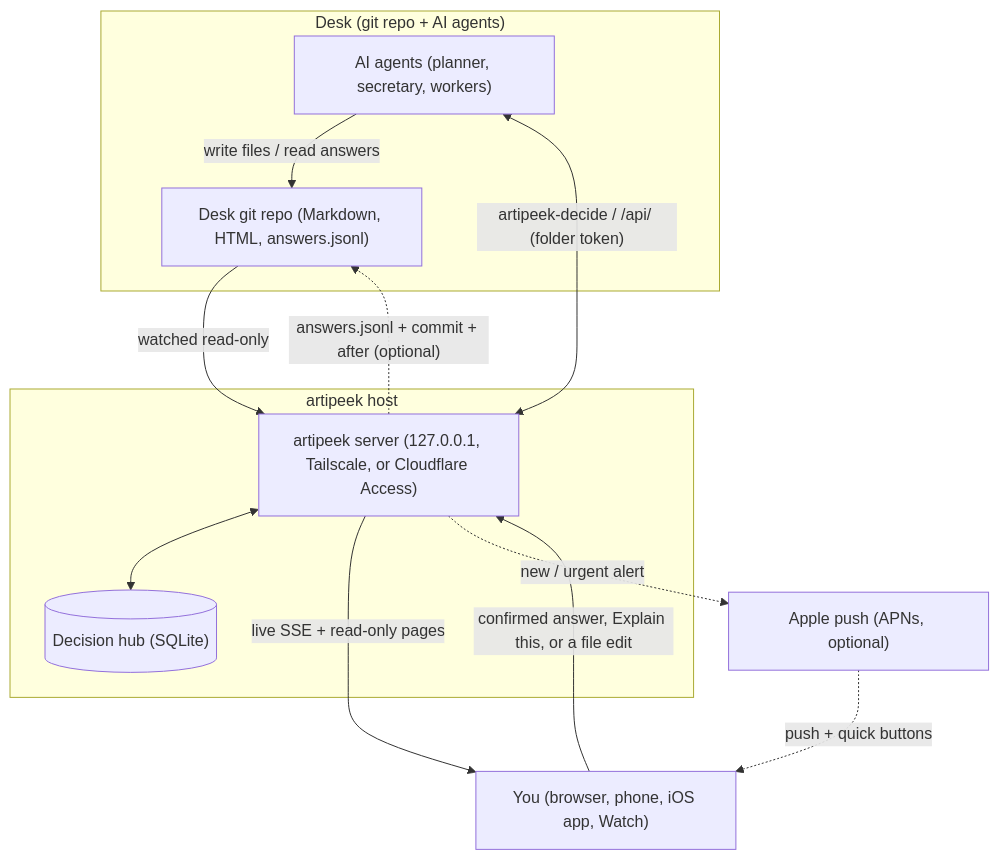
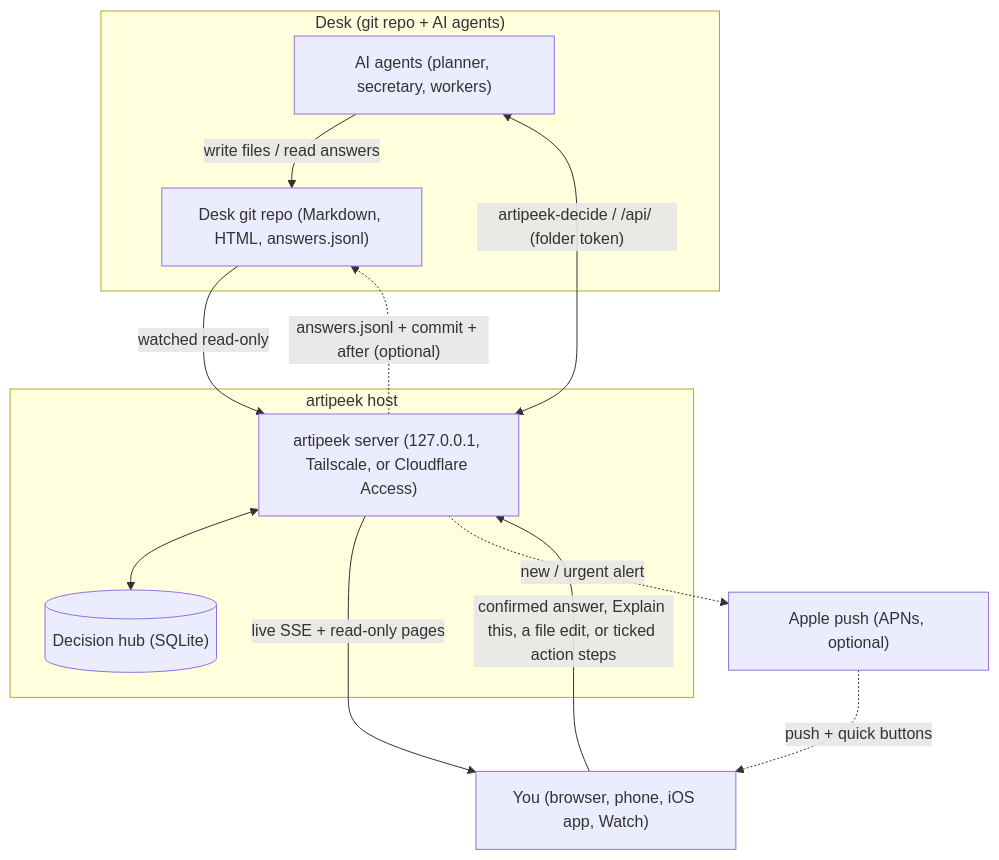
One commit to hieptuanle/artipeek changed the first of 2 diagrams in README.md. Above: the diagram before and after it, drawn with Mermaid. The commit also changed other lines of this file and 17 other files, not shown here.

````diff
--- a/README.md
+++ b/README.md
@@ -24,25 +24,25 @@
 ```mermaid
 flowchart TB
   subgraph desk["Desk (git repo + AI agents)"]
     agents["AI agents (planner, secretary, workers)"]
     repo["Desk git repo (Markdown, HTML, answers.jsonl)"]
     agents -->|"write files / read answers"| repo
   end
 
   subgraph host["artipeek host"]
     ap["artipeek server (127.0.0.1, Tailscale, or Cloudflare Access)"]
     db[("Decision hub (SQLite)")]
     ap <--> db
   end
 
   apns["Apple push (APNs, optional)"]
   you["You (browser, phone, iOS app, Watch)"]
 
   repo -->|"watched read-only"| ap
   agents <-->|"artipeek-decide / /api/ (folder token)"| ap
   ap -.->|"answers.jsonl + commit + after (optional)"| repo
   ap -->|"live SSE + read-only pages"| you
-  you -->|"confirmed answer, Explain this, or a file edit"| ap
+  you -->|"confirmed answer, Explain this, a file edit, or ticked action steps"| ap
   ap -.->|"new / urgent alert"| apns
   apns -.->|"push + quick buttons"| you
 ```
````
